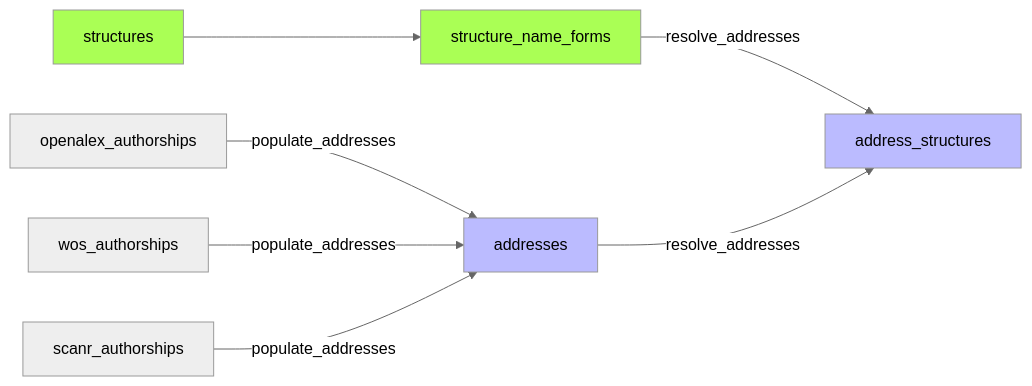
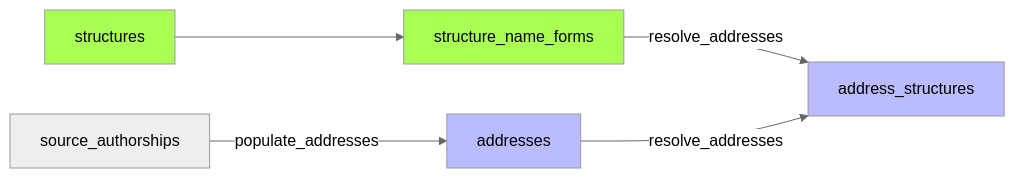
One commit to Y33sha/bibliometrie-uca changed the fourth of 9 diagrams in docs/pipeline.md. Above: the diagram before and after it, drawn with Mermaid (neutral theme). The commit also changed other lines of this file and 26 other files, not shown here.

````diff
--- a/docs/pipeline.md
+++ b/docs/pipeline.md
@@ -142,13 +137,11 @@
 ```mermaid
 flowchart LR
-    A[openalex_authorships]-->|populate_addresses|B[addresses]
-    C[wos_authorships]-->|populate_addresses|B
-    G[scanr_authorships]-->|populate_addresses|B
+    A["source_authorships"]-->|populate_addresses|B[addresses]
     D[structures]-->E[structure_name_forms]
     E-->|resolve_addresses|F[address_structures]
     B-->|resolve_addresses|F
     classDef new  fill:#bbf
     classDef valid  fill:#af5
     class B,F new;
     class D,E valid;
 ```
````
